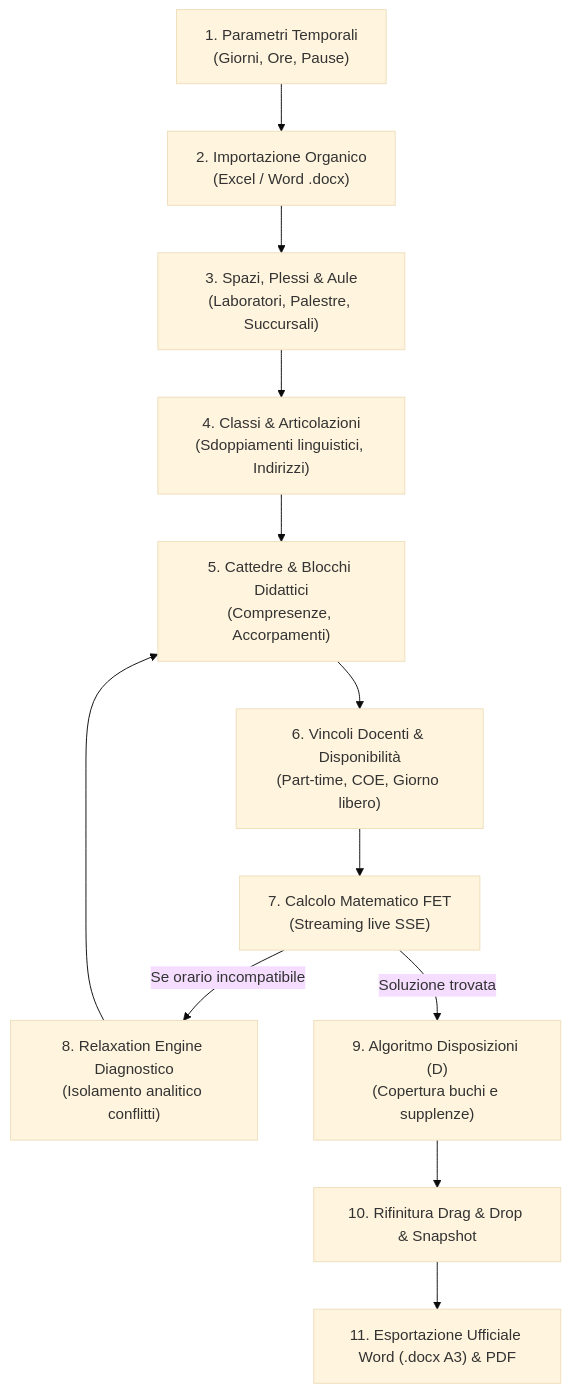
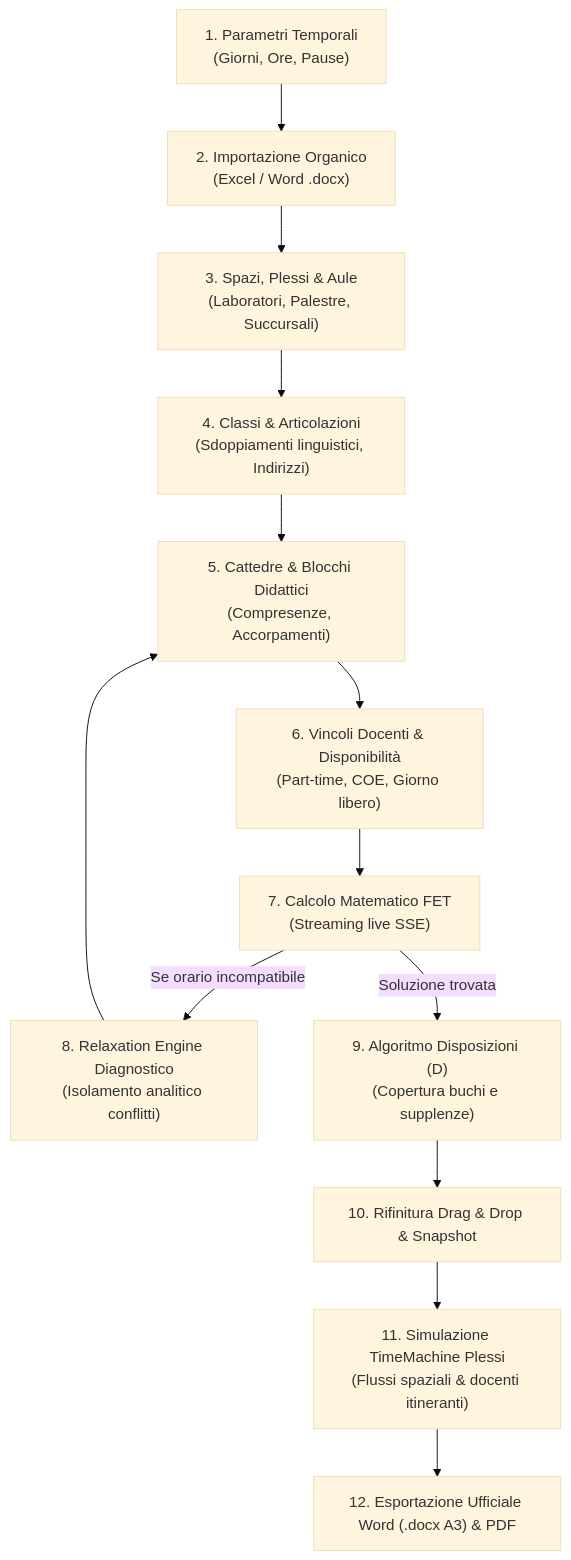
Before and after one commit to carlorigoni/eurario: the diagram in docs/user-guide.md, drawn with Mermaid (base theme). The commit also changed other lines of this file and 8 other files, not shown here.

Commit message:
docs: documenta TimeMachine Plessi, Docenti Itineranti e novità disposizioni

````diff
--- a/docs/user-guide.md
+++ b/docs/user-guide.md
@@ -16,14 +16,15 @@
 ```mermaid
 flowchart TD
     F1["1. Parametri Temporali\n(Giorni, Ore, Pause)"] --> F2["2. Importazione Organico\n(Excel / Word .docx)"]
     F2 --> F3["3. Spazi, Plessi & Aule\n(Laboratori, Palestre, Succursali)"]
     F3 --> F4["4. Classi & Articolazioni\n(Sdoppiamenti linguistici, Indirizzi)"]
     F4 --> F5["5. Cattedre & Blocchi Didattici\n(Compresenze, Accorpamenti)"]
     F5 --> F6["6. Vincoli Docenti & Disponibilità\n(Part-time, COE, Giorno libero)"]
     F6 --> F7["7. Calcolo Matematico FET\n(Streaming live SSE)"]
     F7 -->|"Se orario incompatibile"| F8["8. Relaxation Engine Diagnostico\n(Isolamento analitico conflitti)"]
     F7 -->|"Soluzione trovata"| F9["9. Algoritmo Disposizioni (D)\n(Copertura buchi e supplenze)"]
     F8 --> F5
     F9 --> F10["10. Rifinitura Drag & Drop & Snapshot"]
-    F10 --> F11["11. Esportazione Ufficiale Word (.docx A3) & PDF"]
+    F10 --> F11["11. Simulazione TimeMachine Plessi\n(Flussi spaziali & docenti itineranti)"]
+    F11 --> F12["12. Esportazione Ufficiale Word (.docx A3) & PDF"]
 ```
````
